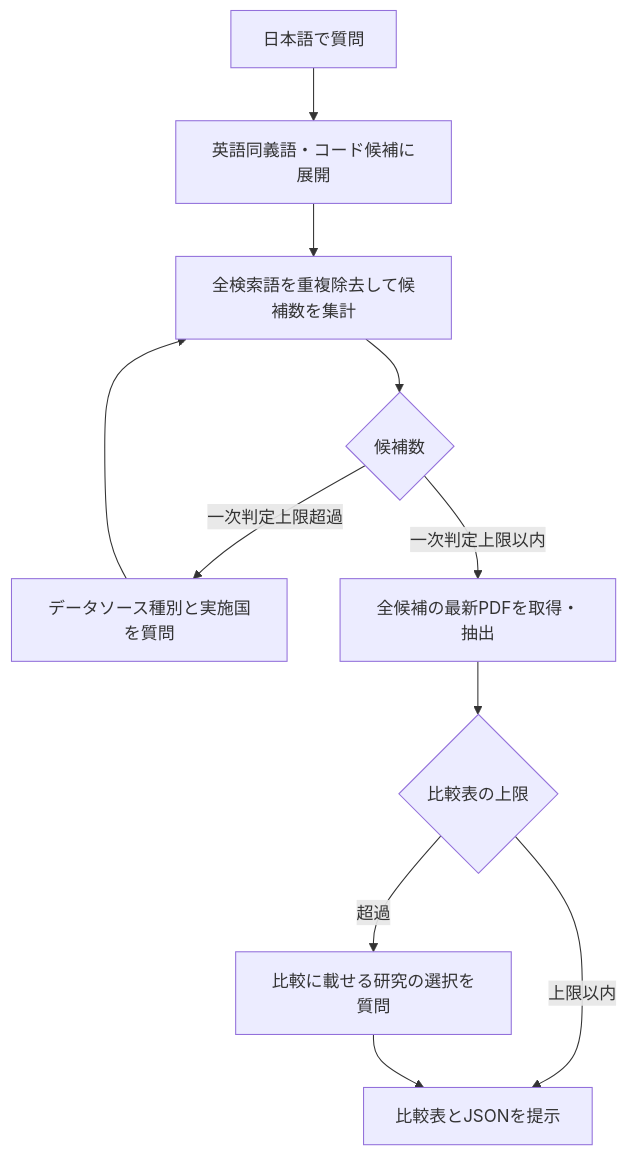
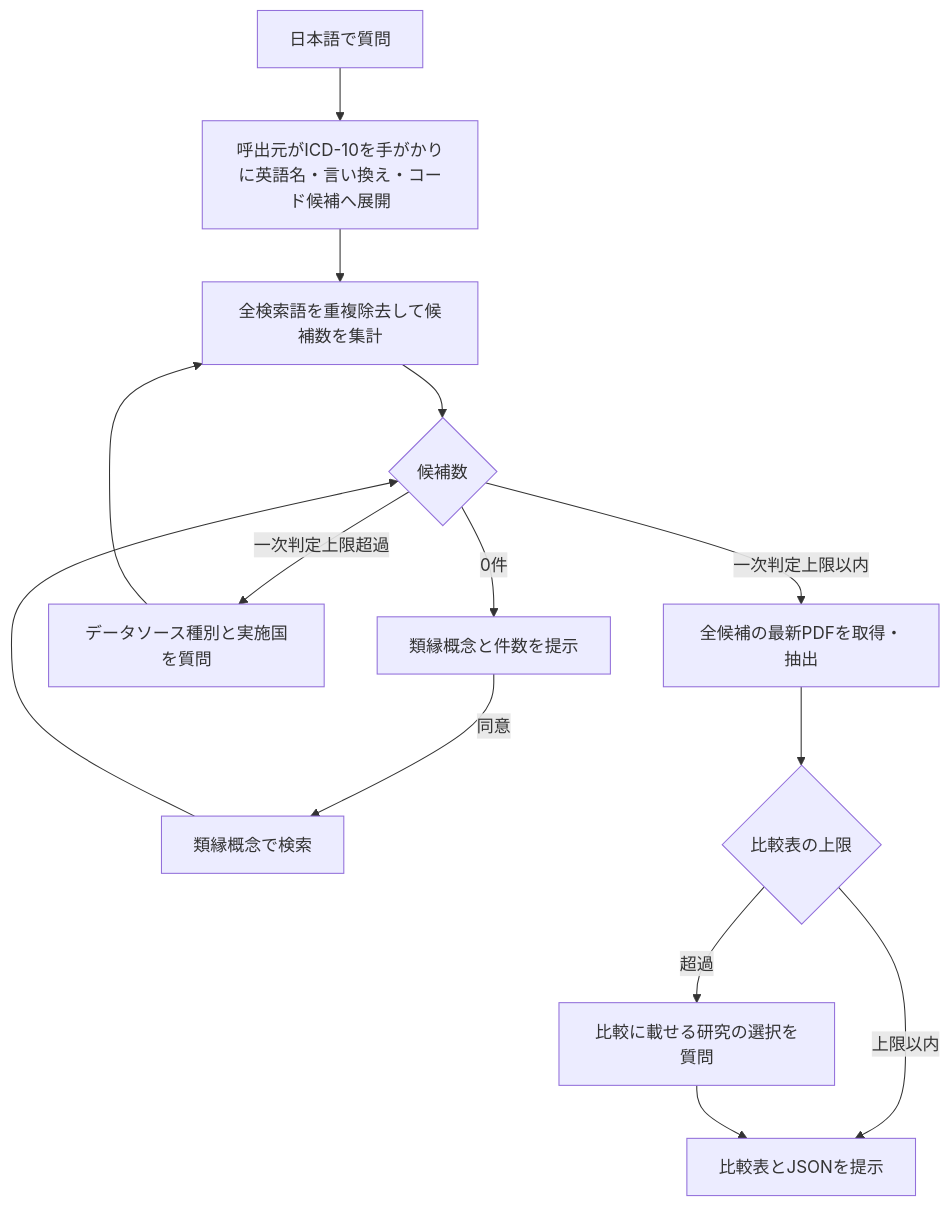
Before and after one commit to parfait0707/ema-rwe-mcp: the diagram in README.md, drawn with Mermaid. The commit also changed other lines of this file and 4 other files, not shown here.

````diff
--- a/README.md
+++ b/README.md
@@ -38,13 +40,16 @@
 ```mermaid
 flowchart TD
-    A[日本語で質問] --> B[英語同義語・コード候補に展開]
+    A[日本語で質問] --> B[呼出元がICD-10を手がかりに英語名・言い換え・コード候補へ展開]
     B --> C[全検索語を重複除去して候補数を集計]
     C --> D{候補数}
+    D -->|0件| J[類縁概念と件数を提示]
+    J -->|同意| K[類縁概念で検索]
+    K --> D
     D -->|一次判定上限超過| E[データソース種別と実施国を質問]
     E --> C
     D -->|一次判定上限以内| F[全候補の最新PDFを取得・抽出]
     F --> G{比較表の上限}
     G -->|超過| H[比較に載せる研究の選択を質問]
     G -->|上限以内| I[比較表とJSONを提示]
     H --> I
 ```
````
